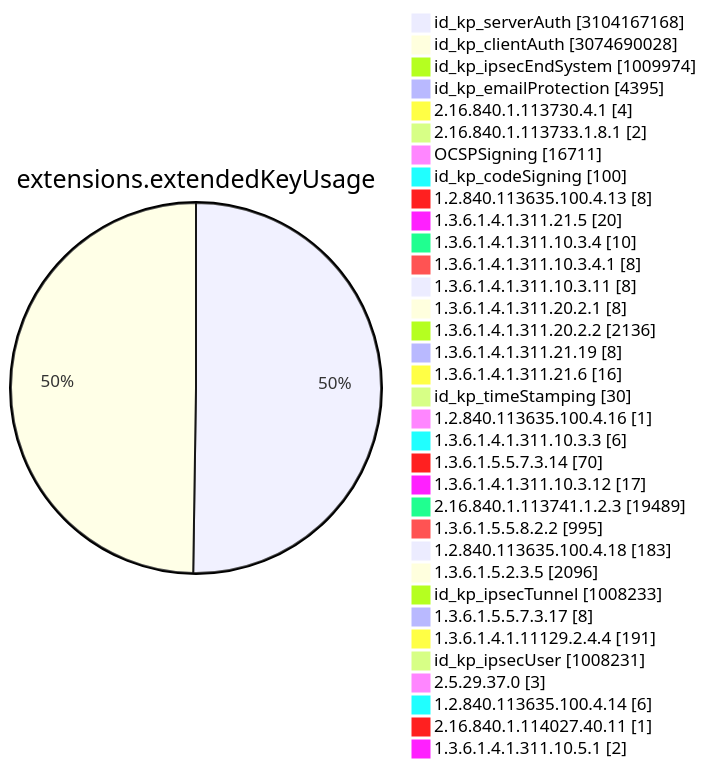
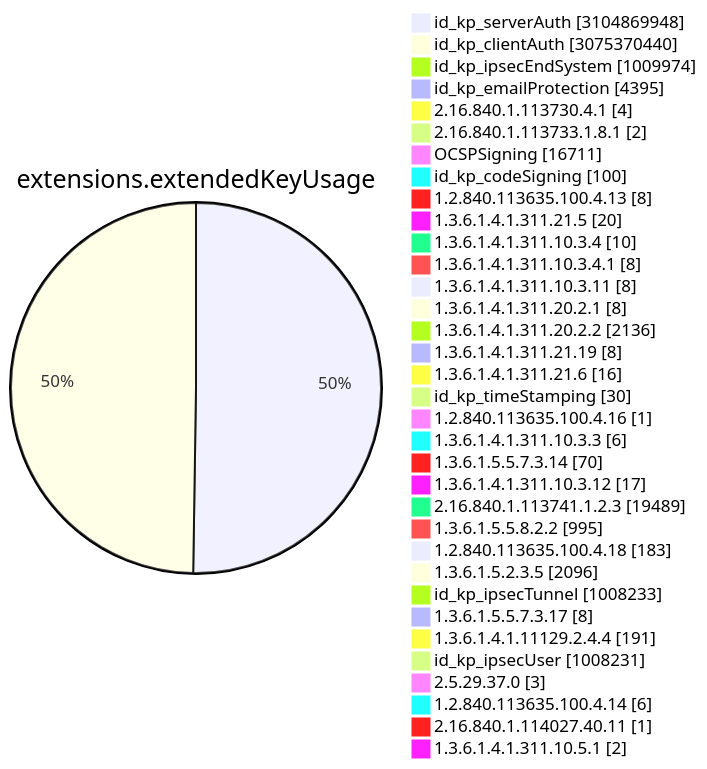
One commit to christiankrug/ctmonitor_visualization changed diagram 11 of 15 in TOTAL/README.md. Above: the diagram before and after it, drawn with Mermaid. The commit also changed other lines of this file, not shown here.

````diff
--- a/TOTAL/README.md
+++ b/TOTAL/README.md
@@ -4119,38 +4119,38 @@
 ```mermaid
 pie showData
 title extensions.extendedKeyUsage
-"id_kp_serverAuth" :3104167168
-"id_kp_clientAuth" :3074690028
+"id_kp_serverAuth" :3104869948
+"id_kp_clientAuth" :3075370440
 "id_kp_ipsecEndSystem" :1009974
 "id_kp_emailProtection" :4395
 "2.16.840.1.113730.4.1" :4
 "2.16.840.1.113733.1.8.1" :2
 "OCSPSigning" :16711
 "id_kp_codeSigning" :100
 "1.2.840.113635.100.4.13" :8
 "1.3.6.1.4.1.311.21.5" :20
 "1.3.6.1.4.1.311.10.3.4" :10
 "1.3.6.1.4.1.311.10.3.4.1" :8
 "1.3.6.1.4.1.311.10.3.11" :8
 "1.3.6.1.4.1.311.20.2.1" :8
 "1.3.6.1.4.1.311.20.2.2" :2136
 "1.3.6.1.4.1.311.21.19" :8
 "1.3.6.1.4.1.311.21.6" :16
 "id_kp_timeStamping" :30
 "1.2.840.113635.100.4.16" :1
 "1.3.6.1.4.1.311.10.3.3" :6
 "1.3.6.1.5.5.7.3.14" :70
 "1.3.6.1.4.1.311.10.3.12" :17
 "2.16.840.1.113741.1.2.3" :19489
 "1.3.6.1.5.5.8.2.2" :995
 "1.2.840.113635.100.4.18" :183
 "1.3.6.1.5.2.3.5" :2096
 "id_kp_ipsecTunnel" :1008233
 "1.3.6.1.5.5.7.3.17" :8
 "1.3.6.1.4.1.11129.2.4.4" :191
 "id_kp_ipsecUser" :1008231
 "2.5.29.37.0" :3
 "1.2.840.113635.100.4.14" :6
 "2.16.840.1.114027.40.11" :1
 "1.3.6.1.4.1.311.10.5.1" :2
 ```
````
